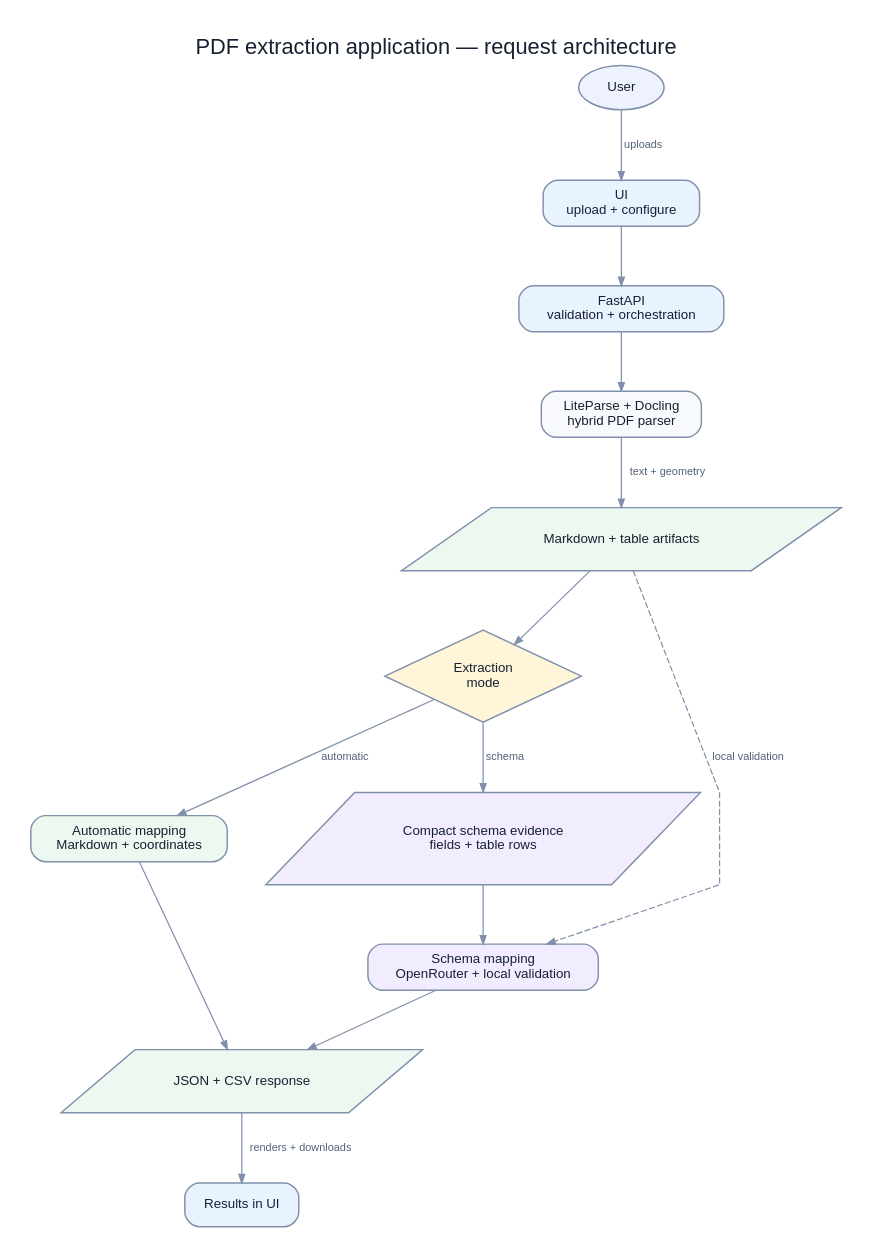
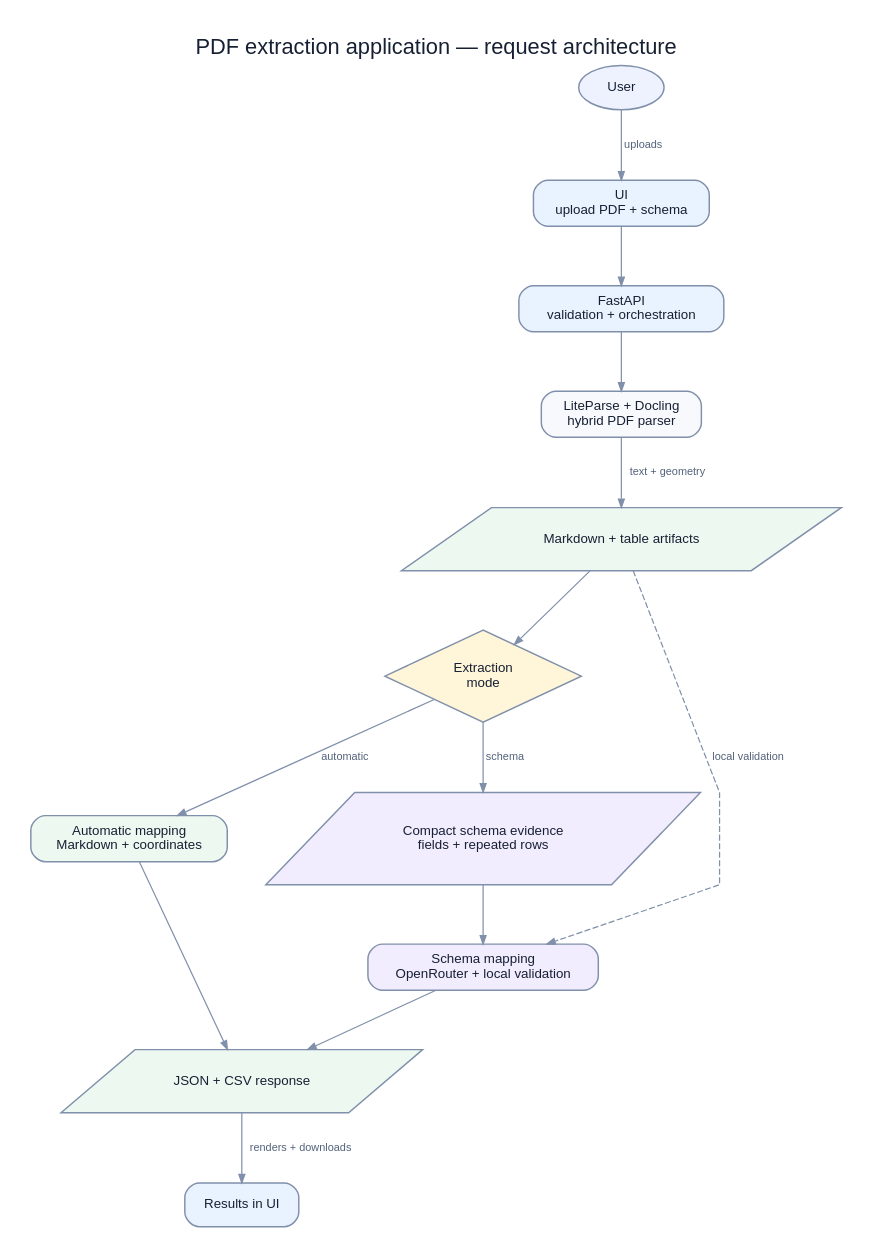
One commit to 1Ninad/extract-layer changed the diagram in docs/application-architecture.dot. Above: the diagram before and after it, drawn with Graphviz. The commit also changed 9 other files, not shown here.

Commit message:
Document schema extraction architecture

```diff
--- a/docs/application-architecture.dot
+++ b/docs/application-architecture.dot
@@ -1,61 +1,61 @@
 digraph application_architecture {
     graph [
         bgcolor="white"
         pad="0.25"
         nodesep="0.45"
         ranksep="0.65"
         rankdir=TB
         splines=polyline
         fontname="Helvetica"
         labelloc="t"
         label="PDF extraction application — request architecture"
         fontsize=18
         fontcolor="#172033"
     ]
 
     node [
         fontname="Helvetica"
         fontsize=11
         fontcolor="#172033"
         color="#8090aa"
         penwidth=1.2
         style="filled"
         fillcolor="#f7f9fc"
         margin="0.16,0.10"
     ]
 
     edge [
         fontname="Helvetica"
         fontsize=9
         fontcolor="#53627a"
         color="#8090aa"
         arrowsize=0.7
     ]
 
     user [label="User", shape=ellipse, fillcolor="#eef2ff"]
-    upload [label="UI\nupload + configure", shape=box, style="rounded,filled", fillcolor="#e9f3ff"]
+    upload [label="UI\nupload PDF + schema", shape=box, style="rounded,filled", fillcolor="#e9f3ff"]
     api [label="FastAPI\nvalidation + orchestration", shape=box, style="rounded,filled", fillcolor="#e9f3ff"]
     parse [label="LiteParse + Docling\nhybrid PDF parser", shape=box, style="rounded,filled", fillcolor="#f7f9fc"]
     source [label="Markdown + table artifacts", shape=parallelogram, fillcolor="#edf8f1"]
     mode [label="Extraction\nmode", shape=diamond, fillcolor="#fff5d9"]
     automatic [label="Automatic mapping\nMarkdown + coordinates", shape=box, style="rounded,filled", fillcolor="#edf8f1"]
-    candidates [label="Compact schema evidence\nfields + table rows", shape=parallelogram, fillcolor="#f2ecff"]
+    candidates [label="Compact schema evidence\nfields + repeated rows", shape=parallelogram, fillcolor="#f2ecff"]
     schema [label="Schema mapping\nOpenRouter + local validation", shape=box, style="rounded,filled", fillcolor="#f2ecff"]
     output [label="JSON + CSV response", shape=parallelogram, fillcolor="#edf8f1"]
     review [label="Results in UI", shape=box, style="rounded,filled", fillcolor="#e9f3ff"]
 
     user -> upload [label="uploads"]
     upload -> api
     api -> parse
     parse -> source [label="text + geometry"]
     source -> mode
     mode -> automatic [label="automatic"]
     mode -> candidates [label="schema"]
     candidates -> schema
     source -> schema [label="local validation", style=dashed]
     automatic -> output
     schema -> output
     output -> review [label="renders + downloads"]
 
     { rank=same; automatic; candidates }
 }
```
